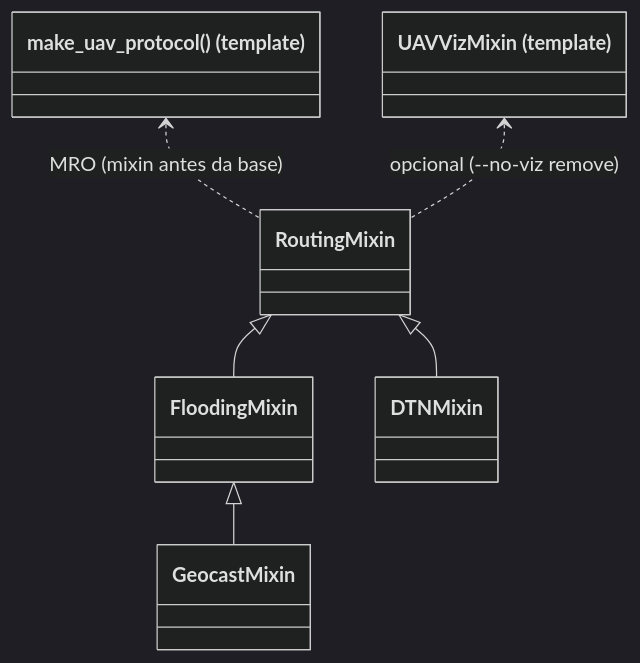
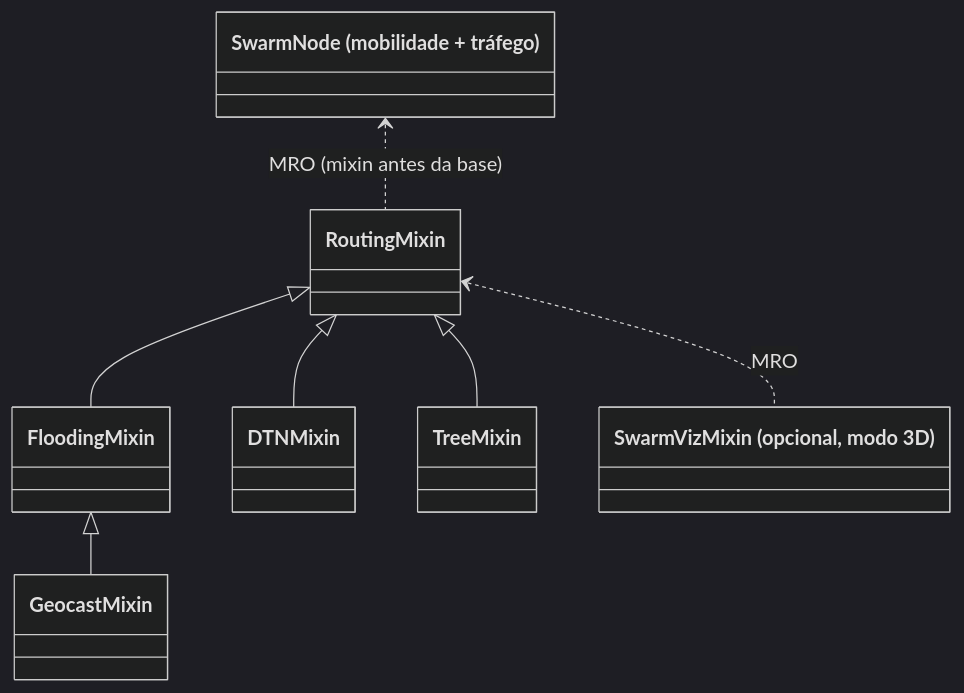
One commit to Esppartano/proj_gradys changed the diagram in RELATORIO_CENARIOS_E_EVENTOS.md. Above: the diagram before and after it, drawn with Mermaid (dark theme). The commit also changed other lines of this file and 39 other files, not shown here.

First line of the commit message:
Remove unused sensor and UAV protocol templates, along with related common utilities and visualization components.

````diff
--- a/RELATORIO_CENARIOS_E_EVENTOS.md
+++ b/RELATORIO_CENARIOS_E_EVENTOS.md
@@ -40,14 +51,16 @@
 ```mermaid
 classDiagram
-    class UAVProtocol["make_uav_protocol() (template)"]
+    class SwarmNode["SwarmNode (mobilidade + tráfego)"]
     class RoutingMixin
     class FloodingMixin
     class GeocastMixin
     class DTNMixin
-    class UAVVizMixin["UAVVizMixin (template)"]
+    class TreeMixin
+    class SwarmVizMixin["SwarmVizMixin (opcional, modo 3D)"]
     RoutingMixin <|-- FloodingMixin
     FloodingMixin <|-- GeocastMixin
     RoutingMixin <|-- DTNMixin
-    UAVProtocol <.. RoutingMixin : MRO (mixin antes da base)
-    UAVVizMixin <.. RoutingMixin : opcional (--no-viz remove)
+    RoutingMixin <|-- TreeMixin
+    SwarmNode <.. RoutingMixin : MRO (mixin antes da base)
+    RoutingMixin <.. SwarmVizMixin : MRO
 ```
````
